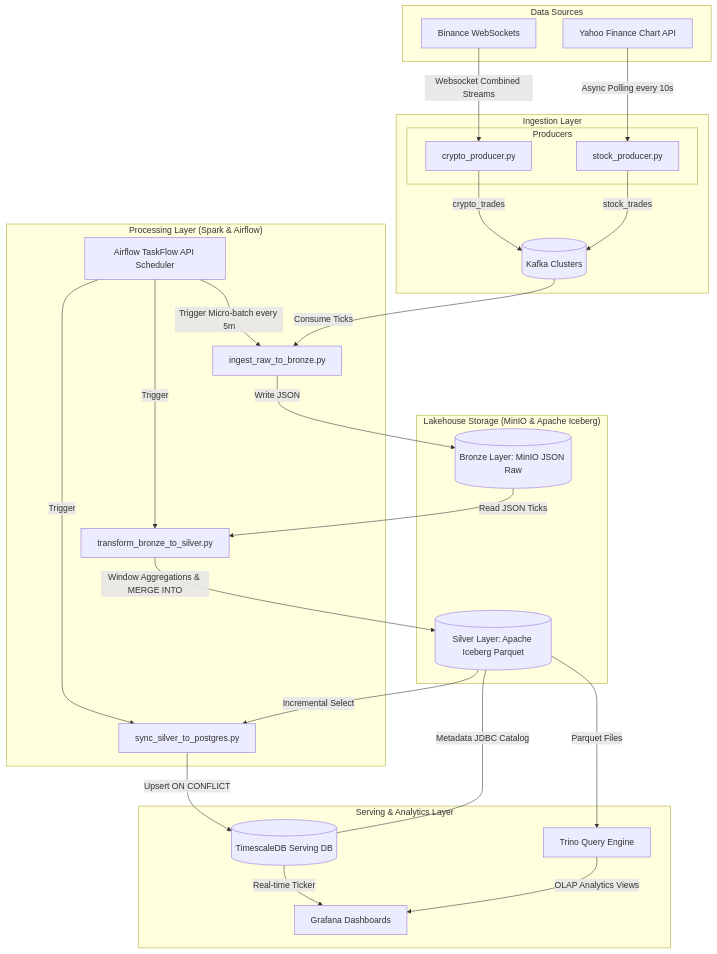
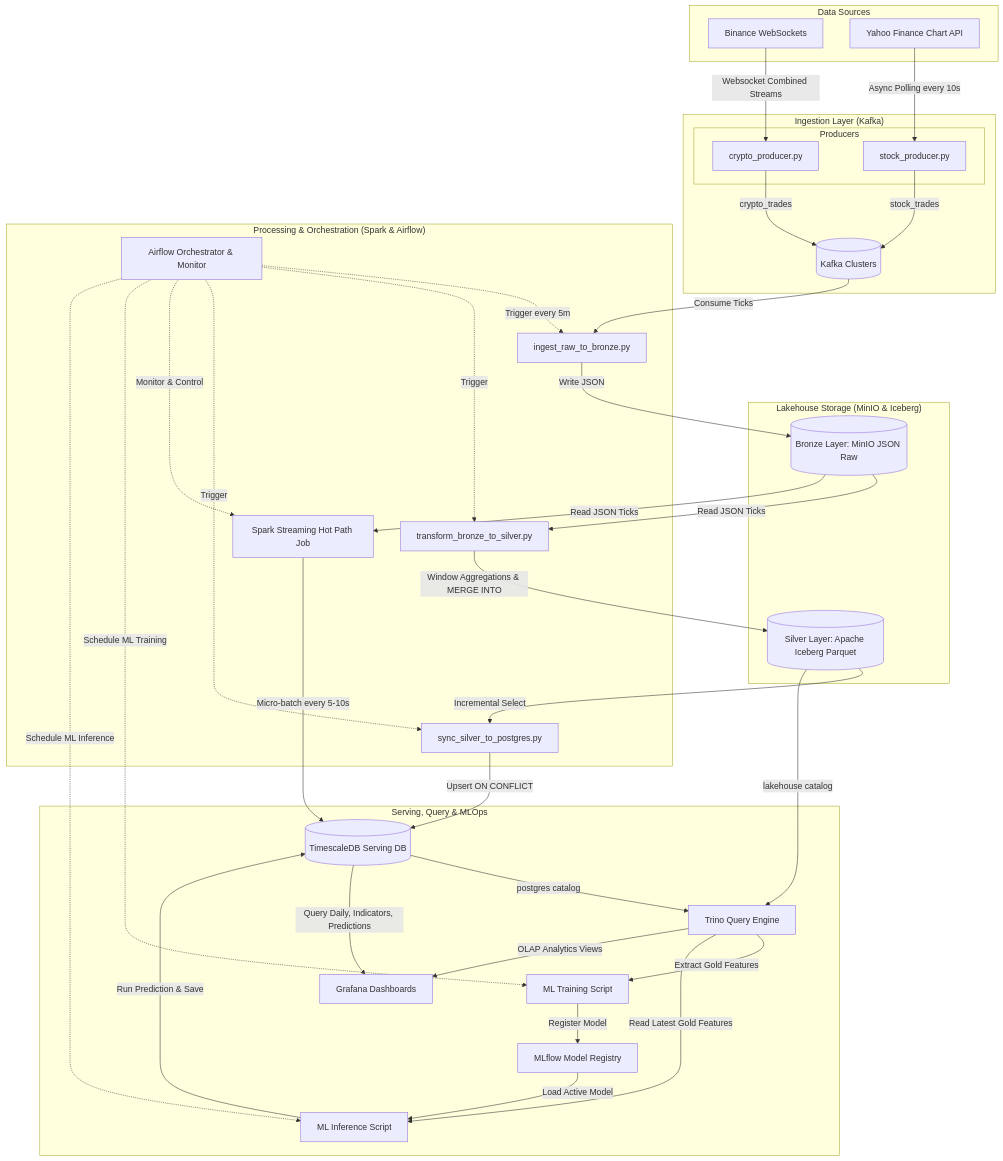
One commit to son3005/TradeStream-Analytics-Pipeline changed the diagram in README.md. Above: the diagram before and after it, drawn with Mermaid. The commit also changed other lines of this file and 35 other files, not shown here.

Commit message:
feat: implement TradeStream analytics pipeline with crypto/stock producers, Spark processing, and Airflow orchestration

````diff
--- a/README.md
+++ b/README.md
@@ -11,55 +15,81 @@
 ```mermaid
 flowchart TD
     subgraph Data_Sources ["Data Sources"]
         Binance[Binance WebSockets]
         Yahoo[Yahoo Finance Chart API]
     end
 
-    subgraph Ingestion_Layer ["Ingestion Layer"]
+    subgraph Ingestion_Layer ["Ingestion Layer (Kafka)"]
         subgraph Producers ["Producers"]
             CryptoProd[crypto_producer.py]
             StockProd[stock_producer.py]
         end
         Kafka[(Kafka Clusters)]
     end
 
-    subgraph Processing_Layer ["Processing Layer (Spark & Airflow)"]
-        Airflow[Airflow TaskFlow API Scheduler]
-        SparkIngest[ingest_raw_to_bronze.py]
-        SparkTrans[transform_bronze_to_silver.py]
-        SparkSync[sync_silver_to_postgres.py]
-    end
-
-    subgraph Lakehouse_Storage ["Lakehouse Storage (MinIO & Apache Iceberg)"]
+    subgraph Lakehouse_Storage ["Lakehouse Storage (MinIO & Iceberg)"]
         Bronze[(Bronze Layer: MinIO JSON Raw)]
         Silver[(Silver Layer: Apache Iceberg Parquet)]
     end
 
-    subgraph Serving_Analytics_Layer ["Serving & Analytics Layer"]
+    subgraph Processing_Layer ["Processing & Orchestration (Spark & Airflow)"]
+        Airflow[Airflow Orchestrator & Monitor]
+        SparkIngest[ingest_raw_to_bronze.py]
+        SparkTransform[transform_bronze_to_silver.py]
+        SparkSync[sync_silver_to_postgres.py]
+        SparkStreaming[Spark Streaming Hot Path Job]
+    end
+
+    subgraph Serving_Analytics_Layer ["Serving, Query & MLOps"]
         Timescale[(TimescaleDB Serving DB)]
         Trino[Trino Query Engine]
+        MLTrain[ML Training Script]
+        MLflow[MLflow Model Registry]
+        MLInference[ML Inference Script]
         Grafana[Grafana Dashboards]
     end
 
-    %% Flows
+    %% Ingestion flows
     Binance -->|Websocket Combined Streams| CryptoProd
     Yahoo -->|Async Polling every 10s| StockProd
     CryptoProd -->|crypto_trades| Kafka
     StockProd -->|stock_trades| Kafka
     
-    Airflow -->|Trigger Micro-batch every 5m| SparkIngest
-    Airflow -->|Trigger| SparkTrans
-    Airflow -->|Trigger| SparkSync
-
     Kafka -->|Consume Ticks| SparkIngest
     SparkIngest -->|Write JSON| Bronze
-    Bronze -->|Read JSON Ticks| SparkTrans
-    SparkTrans -->|Window Aggregations & MERGE INTO| Silver
+    
+    %% Cold Path
+    Bronze -->|Read JSON Ticks| SparkTransform
+    SparkTransform -->|Window Aggregations & MERGE INTO| Silver
     Silver -->|Incremental Select| SparkSync
     SparkSync -->|Upsert ON CONFLICT| Timescale
+    
+    %% Hot Path
+    Bronze -->|Read JSON Ticks| SparkStreaming
+    SparkStreaming -->|Micro-batch every 5-10s| Timescale
 
-    Silver ---|Metadata JDBC Catalog| Timescale
-    Silver -->|Parquet Files| Trino
-    Timescale -->|Real-time Ticker| Grafana
+    %% Trino Connections
+    Silver -->|lakehouse catalog| Trino
+    Timescale -->|postgres catalog| Trino
+
+    %% ML Retraining
+    Trino -->|Extract Gold Features| MLTrain
+    MLTrain -->|Register Model| MLflow
+
+    %% ML Inference
+    MLflow -->|Load Active Model| MLInference
+    Trino -->|Read Latest Gold Features| MLInference
+    MLInference -->|Run Prediction & Save| Timescale
+    
+    %% Grafana Serving
+    Timescale -->|Query Daily, Indicators, Predictions| Grafana
     Trino -->|OLAP Analytics Views| Grafana
+
+    %% Airflow Control Dotted Links
+    Airflow -.->|Trigger every 5m| SparkIngest
+    Airflow -.->|Trigger| SparkTransform
+    Airflow -.->|Trigger| SparkSync
+    Airflow -.->|Monitor & Control| SparkStreaming
+    Airflow -.->|Schedule ML Training| MLTrain
+    Airflow -.->|Schedule ML Inference| MLInference
 ```
````
